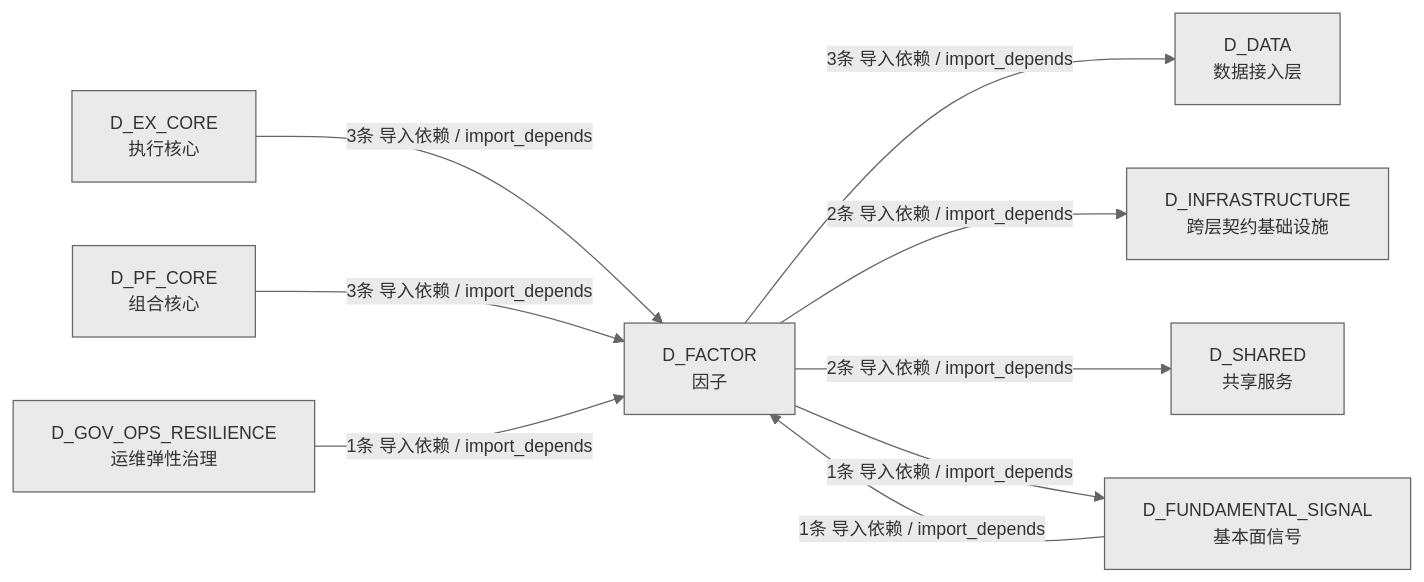
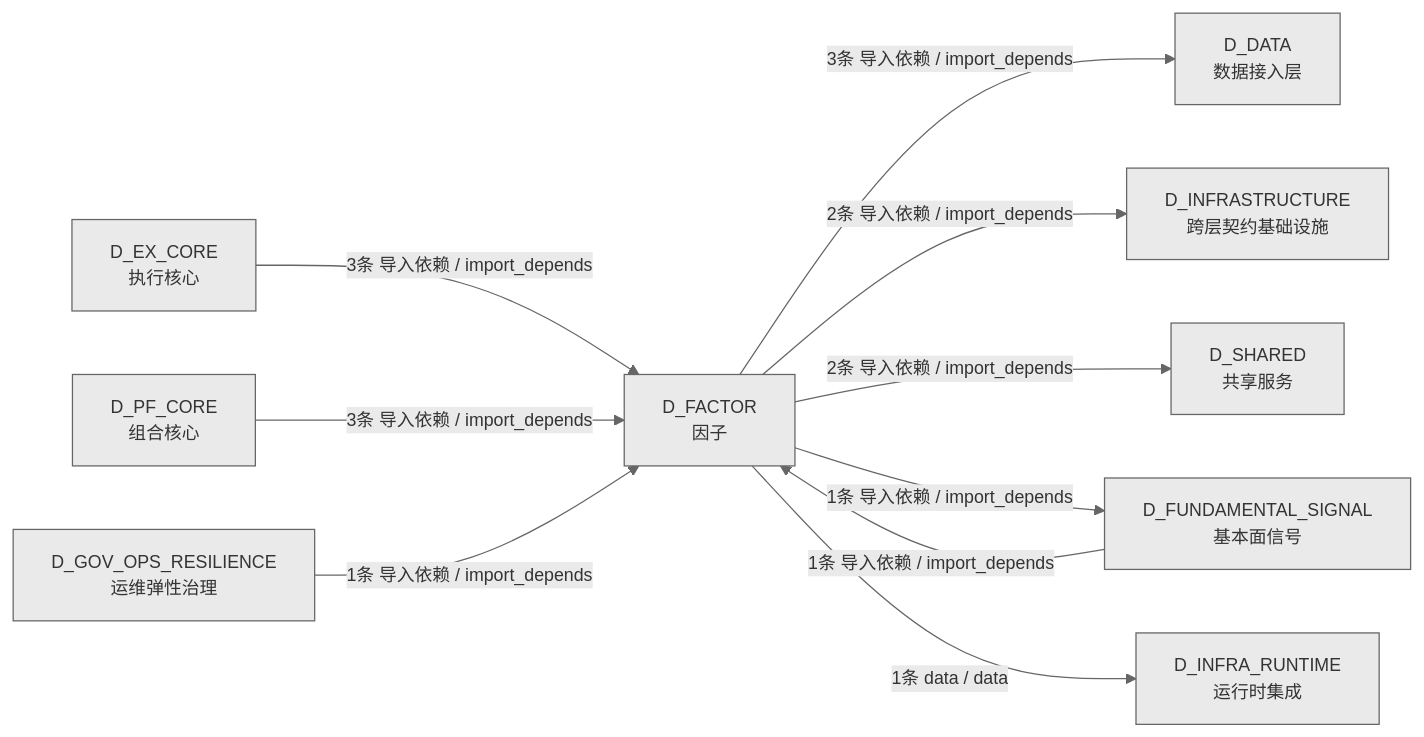
One commit to xuanFelixVan/ZephyrAlpha changed the third of 3 diagrams in docs/02_enterprise_architecture/02_domain_architecture_docs/46_d_factor.md. Above: the diagram before and after it, drawn with Mermaid. The commit also changed other lines of this file and 61 other files, not shown here.

````diff
--- a/docs/02_enterprise_architecture/02_domain_architecture_docs/46_d_factor.md
+++ b/docs/02_enterprise_architecture/02_domain_architecture_docs/46_d_factor.md
@@ -353,20 +356,22 @@
 ```mermaid
 %%{init: {'theme': 'base', 'themeVariables': {'primaryColor': '#eaeaea', 'primaryTextColor': '#333333', 'primaryBorderColor': '#666666', 'lineColor': '#666666', 'secondaryColor': '#eaeaea', 'tertiaryColor': '#eaeaea', 'fontSize': '14px'}}}%%
 graph LR
     D_FACTOR["D_FACTOR<br/>因子"]
     D_DATA["D_DATA<br/>数据接入层"]
     D_INFRASTRUCTURE["D_INFRASTRUCTURE<br/>跨层契约基础设施"]
     D_SHARED["D_SHARED<br/>共享服务"]
     D_FUNDAMENTAL_SIGNAL["D_FUNDAMENTAL_SIGNAL<br/>基本面信号"]
+    D_INFRA_RUNTIME["D_INFRA_RUNTIME<br/>运行时集成"]
     D_EX_CORE["D_EX_CORE<br/>执行核心"]
     D_PF_CORE["D_PF_CORE<br/>组合核心"]
     D_GOV_OPS_RESILIENCE["D_GOV_OPS_RESILIENCE<br/>运维弹性治理"]
     D_FACTOR -->|3条 导入依赖 / import_depends| D_DATA
     D_FACTOR -->|2条 导入依赖 / import_depends| D_INFRASTRUCTURE
     D_FACTOR -->|2条 导入依赖 / import_depends| D_SHARED
     D_FACTOR -->|1条 导入依赖 / import_depends| D_FUNDAMENTAL_SIGNAL
+    D_FACTOR -->|1条 data / data| D_INFRA_RUNTIME
     D_EX_CORE -->|3条 导入依赖 / import_depends| D_FACTOR
     D_PF_CORE -->|3条 导入依赖 / import_depends| D_FACTOR
     D_FUNDAMENTAL_SIGNAL -->|1条 导入依赖 / import_depends| D_FACTOR
     D_GOV_OPS_RESILIENCE -->|1条 导入依赖 / import_depends| D_FACTOR
 ```
````
